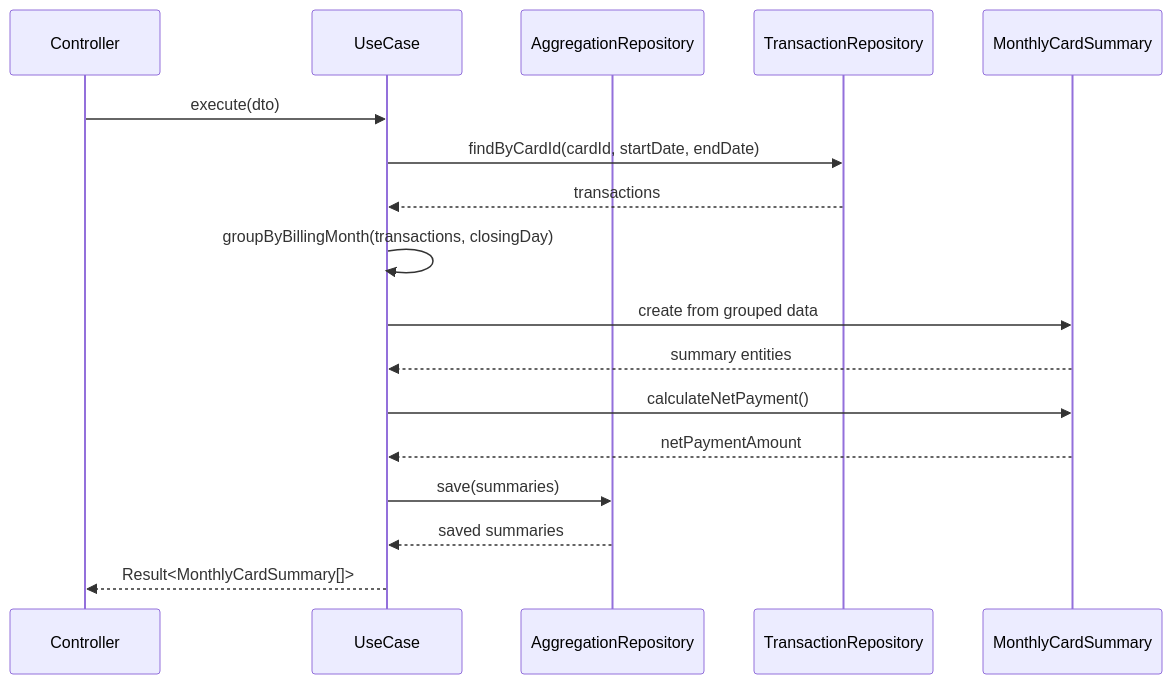
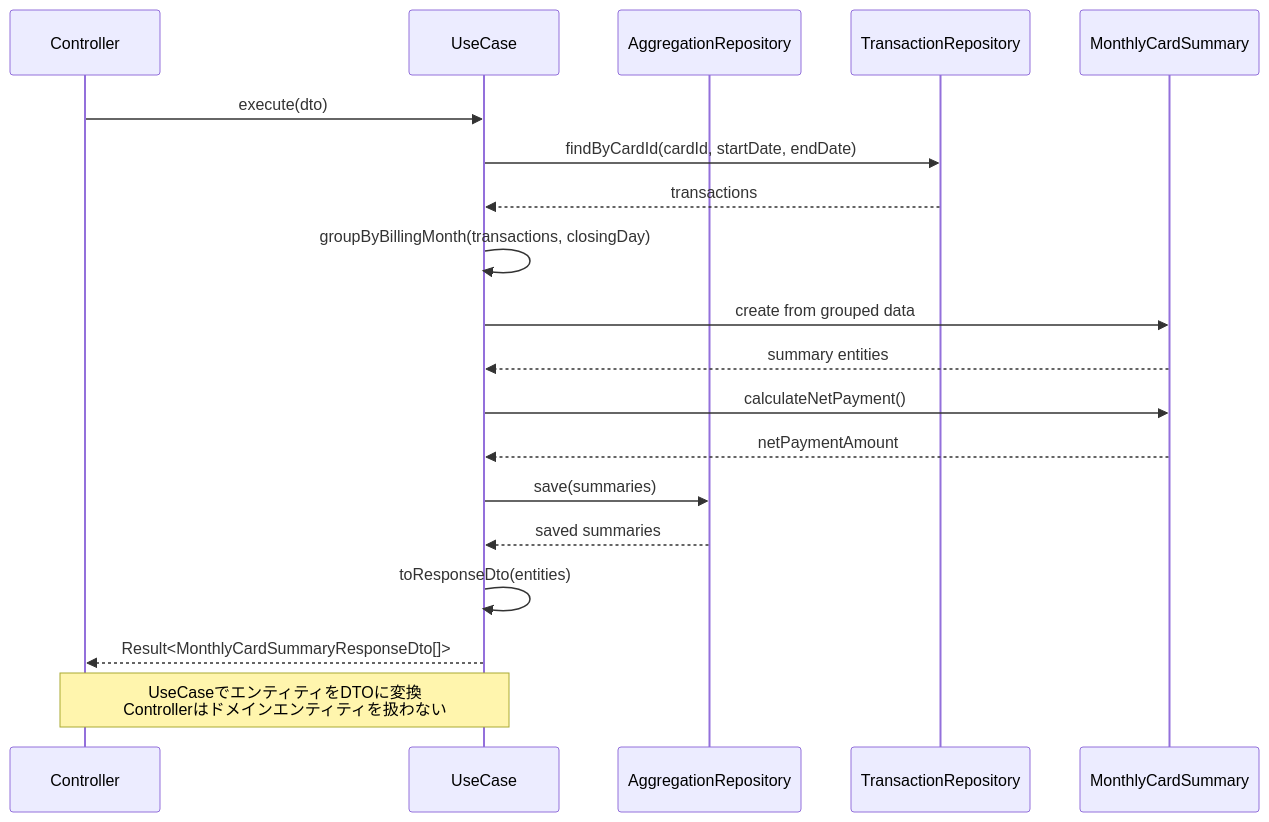
Before and after one commit to kencom2400/account-book: the sixth of 6 diagrams in docs/detailed-design/FR-012_credit-card-monthly-aggregation/class-diagrams.md, drawn with Mermaid. The commit also changed other lines of this file and 2 other files, not shown here.

````diff
--- a/docs/detailed-design/FR-012_credit-card-monthly-aggregation/class-diagrams.md
+++ b/docs/detailed-design/FR-012_credit-card-monthly-aggregation/class-diagrams.md
@@ -364,20 +337,23 @@
 ```mermaid
 sequenceDiagram
     participant C as Controller
     participant U as UseCase
     participant R as AggregationRepository
     participant TR as TransactionRepository
     participant E as MonthlyCardSummary
 
     C->>U: execute(dto)
     U->>TR: findByCardId(cardId, startDate, endDate)
     TR-->>U: transactions
     U->>U: groupByBillingMonth(transactions, closingDay)
     U->>E: create from grouped data
     E-->>U: summary entities
     U->>E: calculateNetPayment()
     E-->>U: netPaymentAmount
     U->>R: save(summaries)
     R-->>U: saved summaries
-    U-->>C: Result<MonthlyCardSummary[]>
+    U->>U: toResponseDto(entities)
+    U-->>C: Result<MonthlyCardSummaryResponseDto[]>
+
+    Note over U,C: UseCaseでエンティティをDTOに変換<br/>Controllerはドメインエンティティを扱わない
 ```
````
